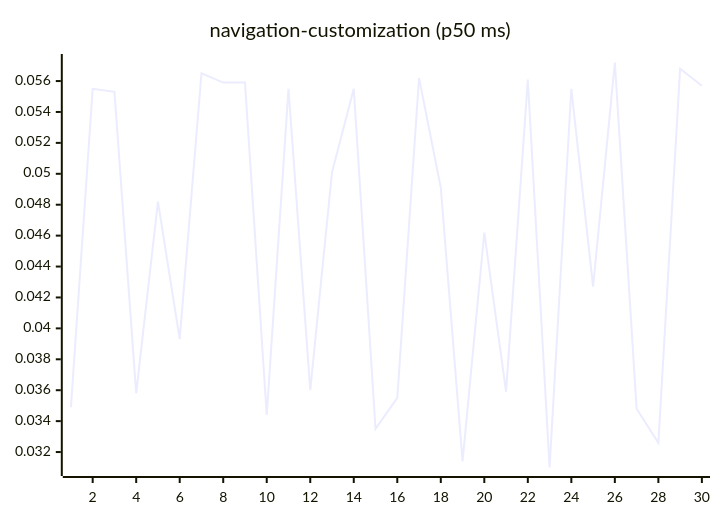
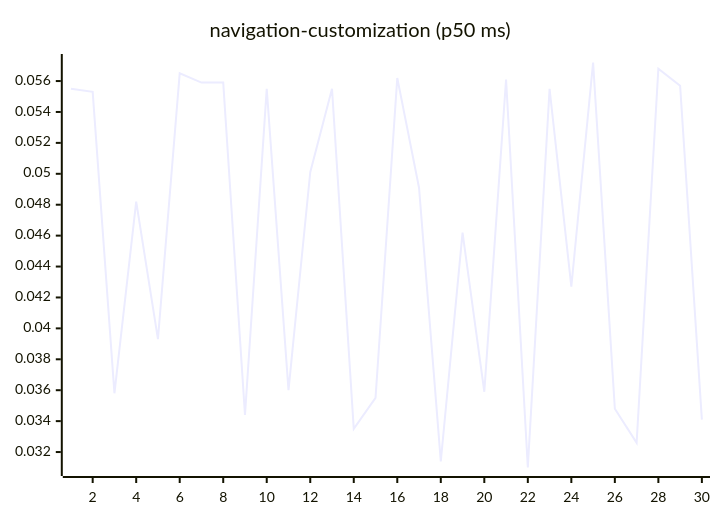
Diagram 15 of 27 in README.md (josha/Facet), drawn with Mermaid before and after one commit. The commit also changed other lines of this file and 2 other files, not shown here.

````diff
--- a/README.md
+++ b/README.md
@@ -161,6 +161,6 @@
 ```mermaid
 xychart-beta
     title "navigation-customization (p50 ms)"
     x-axis 1 --> 30
-    line [0.0349, 0.0555, 0.0553, 0.0358, 0.0482, 0.0393, 0.0565, 0.0559, 0.0559, 0.0344, 0.0555, 0.0360, 0.0501, 0.0555, 0.0335, 0.0355, 0.0562, 0.0491, 0.0314, 0.0462, 0.0359, 0.0561, 0.0310, 0.0555, 0.0427, 0.0572, 0.0348, 0.0326, 0.0568, 0.0557]
+    line [0.0555, 0.0553, 0.0358, 0.0482, 0.0393, 0.0565, 0.0559, 0.0559, 0.0344, 0.0555, 0.0360, 0.0501, 0.0555, 0.0335, 0.0355, 0.0562, 0.0491, 0.0314, 0.0462, 0.0359, 0.0561, 0.0310, 0.0555, 0.0427, 0.0572, 0.0348, 0.0326, 0.0568, 0.0557, 0.0341]
 ```
````
